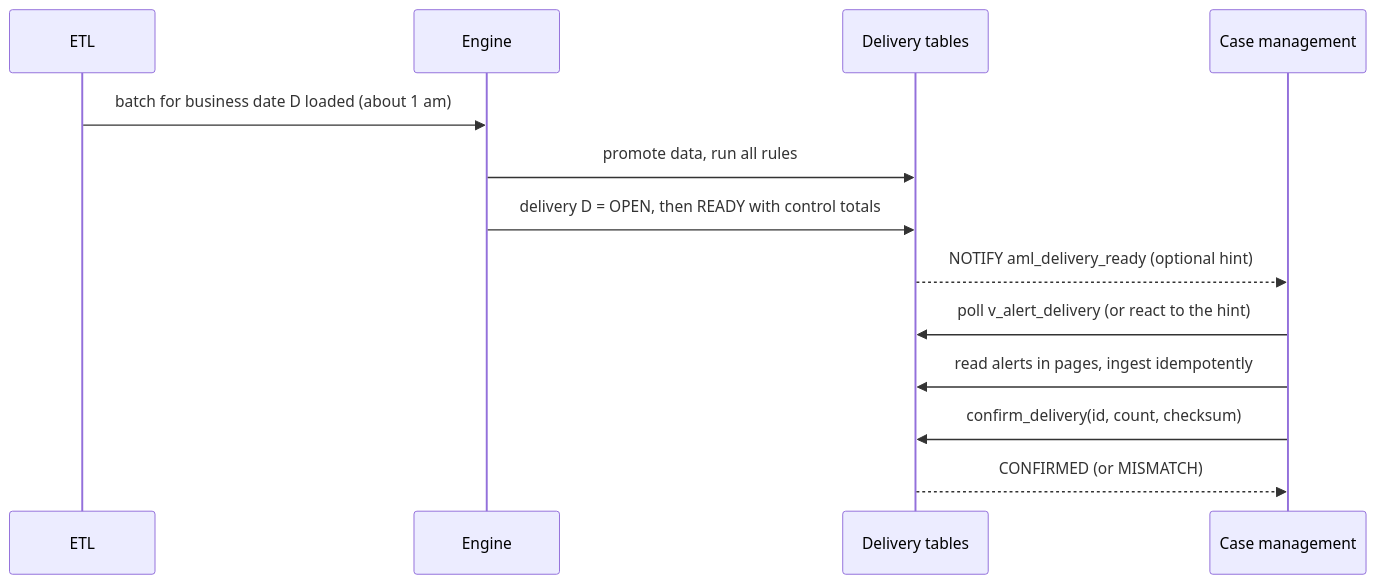
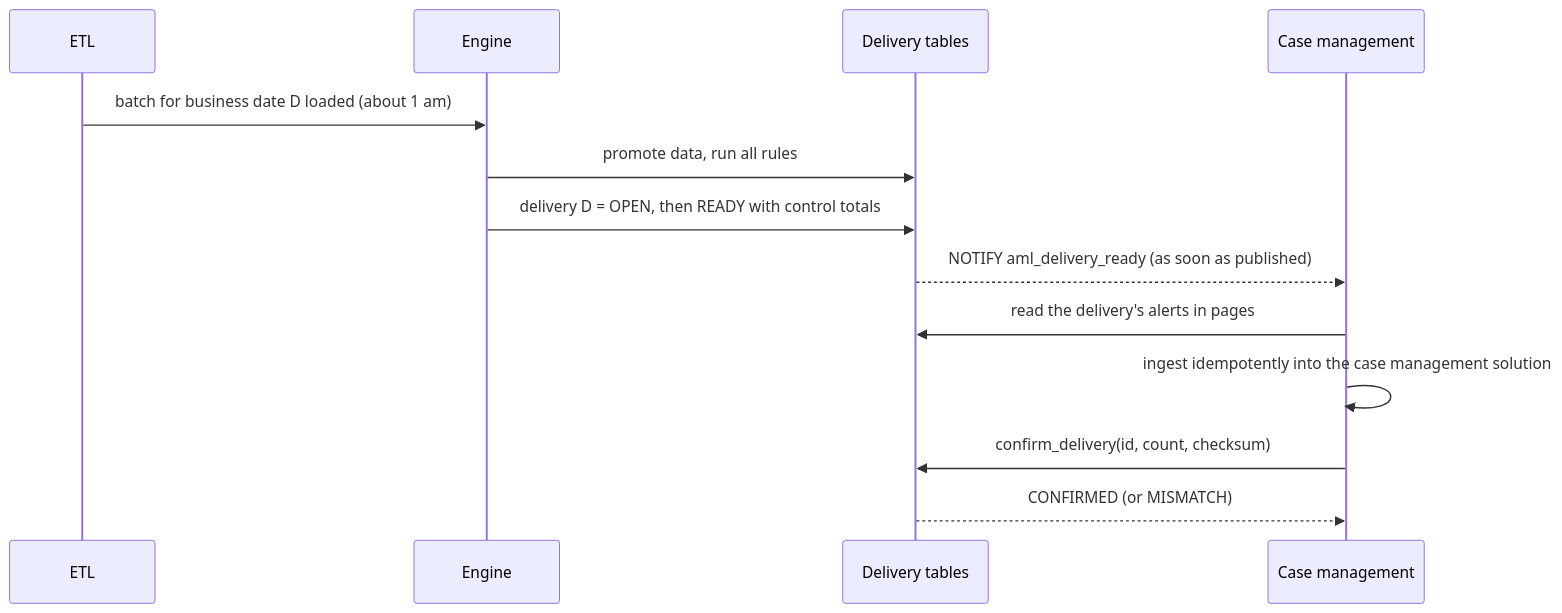
The third of 6 diagrams in docs/case-management-alert-intake.md (sertaj-hub/FisRuleEngine), drawn with Mermaid before and after one commit. The commit also changed other lines of this file and 18 other files, not shown here.

````diff
--- a/docs/case-management-alert-intake.md
+++ b/docs/case-management-alert-intake.md
@@ -75,15 +75,15 @@
 ```mermaid
 sequenceDiagram
   participant ETL
   participant Engine
   participant DB as Delivery tables
   participant CM as Case management
   ETL->>Engine: batch for business date D loaded (about 1 am)
   Engine->>DB: promote data, run all rules
   Engine->>DB: delivery D = OPEN, then READY with control totals
-  DB-->>CM: NOTIFY aml_delivery_ready (optional hint)
-  CM->>DB: poll v_alert_delivery (or react to the hint)
-  CM->>DB: read alerts in pages, ingest idempotently
+  DB-->>CM: NOTIFY aml_delivery_ready (as soon as published)
+  CM->>DB: read the delivery's alerts in pages
+  CM->>CM: ingest idempotently into the case management solution
   CM->>DB: confirm_delivery(id, count, checksum)
   DB-->>CM: CONFIRMED (or MISMATCH)
 ```
````
